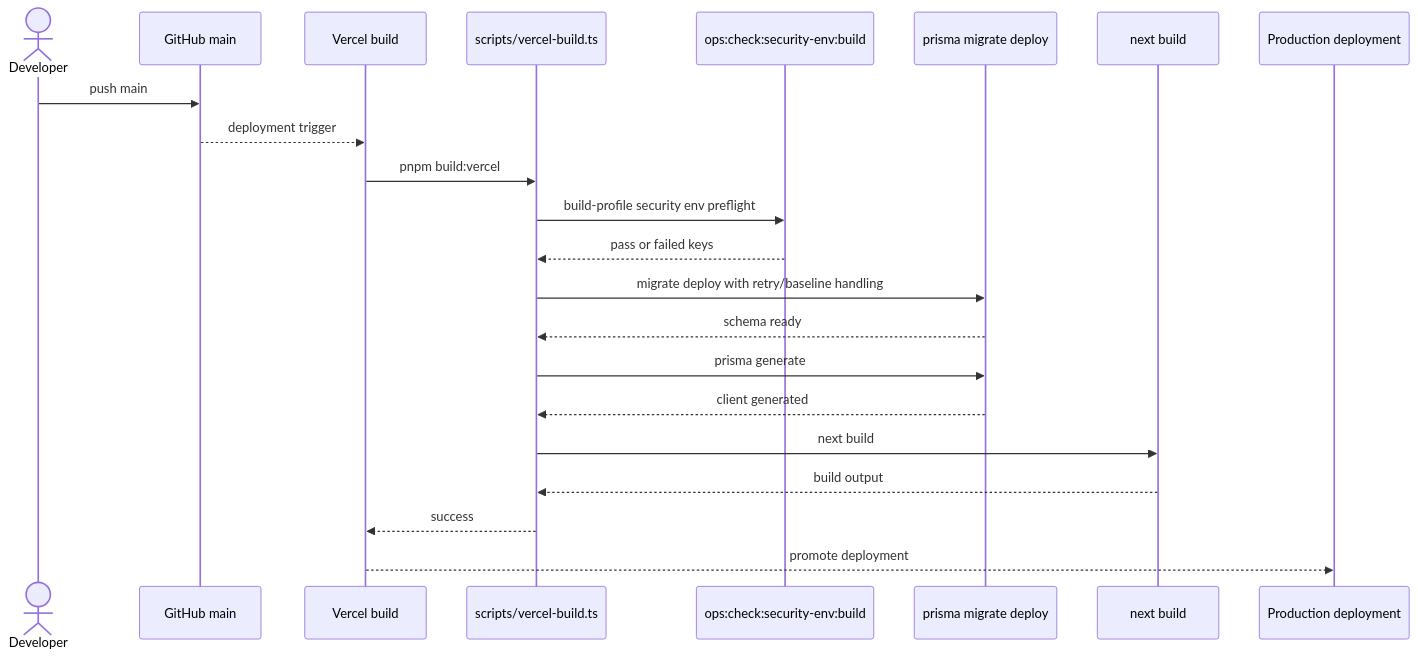
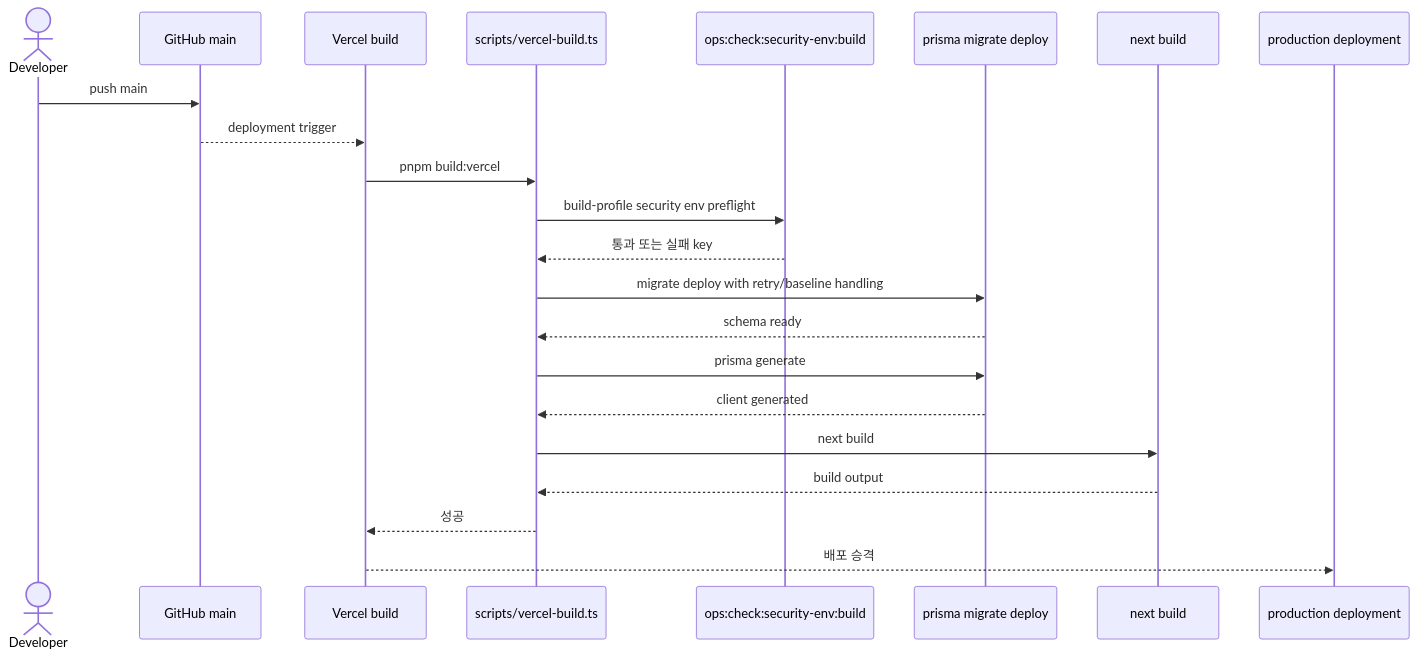
One commit to answndud/townpet changed the fourth of 4 diagrams in business/reports/backend-sequence-diagrams.md. Above: the diagram before and after it, drawn with Mermaid. The commit also changed other lines of this file and 17 other files, not shown here.

````diff
--- a/business/reports/backend-sequence-diagrams.md
+++ b/business/reports/backend-sequence-diagrams.md
@@ -165,25 +165,25 @@
 ```mermaid
 sequenceDiagram
   actor Developer
   participant GitHub as GitHub main
   participant Vercel as Vercel build
   participant BuildScript as scripts/vercel-build.ts
   participant EnvCheck as ops:check:security-env:build
   participant Prisma as prisma migrate deploy
   participant NextBuild as next build
-  participant Runtime as Production deployment
+  participant Runtime as production deployment
 
   Developer->>GitHub: push main
   GitHub-->>Vercel: deployment trigger
   Vercel->>BuildScript: pnpm build:vercel
   BuildScript->>EnvCheck: build-profile security env preflight
-  EnvCheck-->>BuildScript: pass or failed keys
+  EnvCheck-->>BuildScript: 통과 또는 실패 key
   BuildScript->>Prisma: migrate deploy with retry/baseline handling
   Prisma-->>BuildScript: schema ready
   BuildScript->>Prisma: prisma generate
   Prisma-->>BuildScript: client generated
   BuildScript->>NextBuild: next build
   NextBuild-->>BuildScript: build output
-  BuildScript-->>Vercel: success
-  Vercel-->>Runtime: promote deployment
+  BuildScript-->>Vercel: 성공
+  Vercel-->>Runtime: 배포 승격
 ```
````
